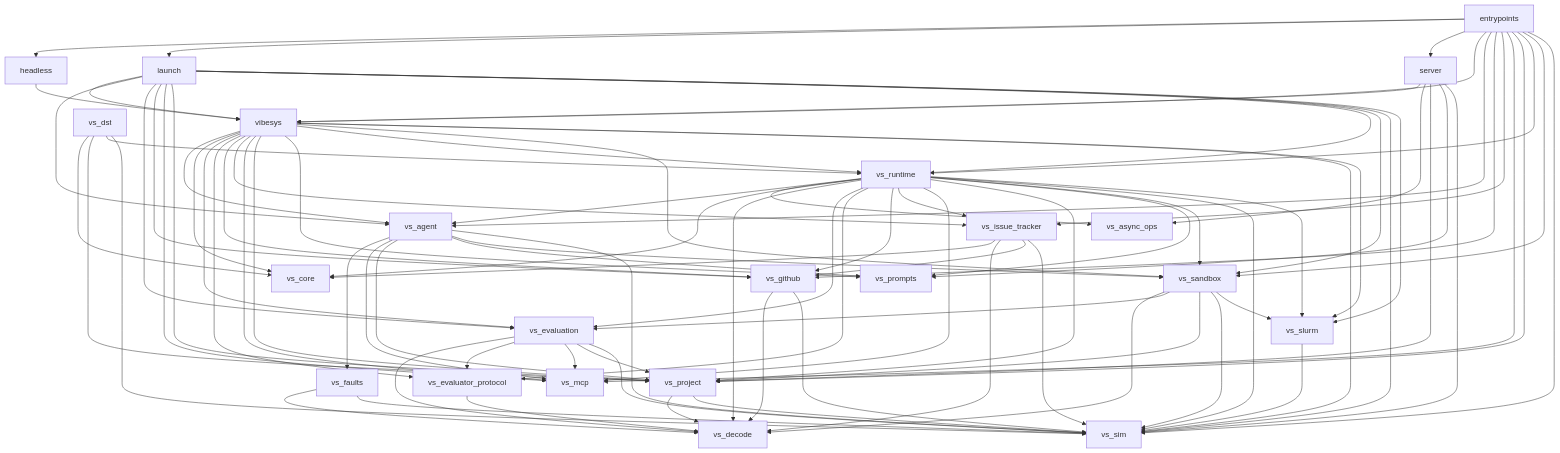
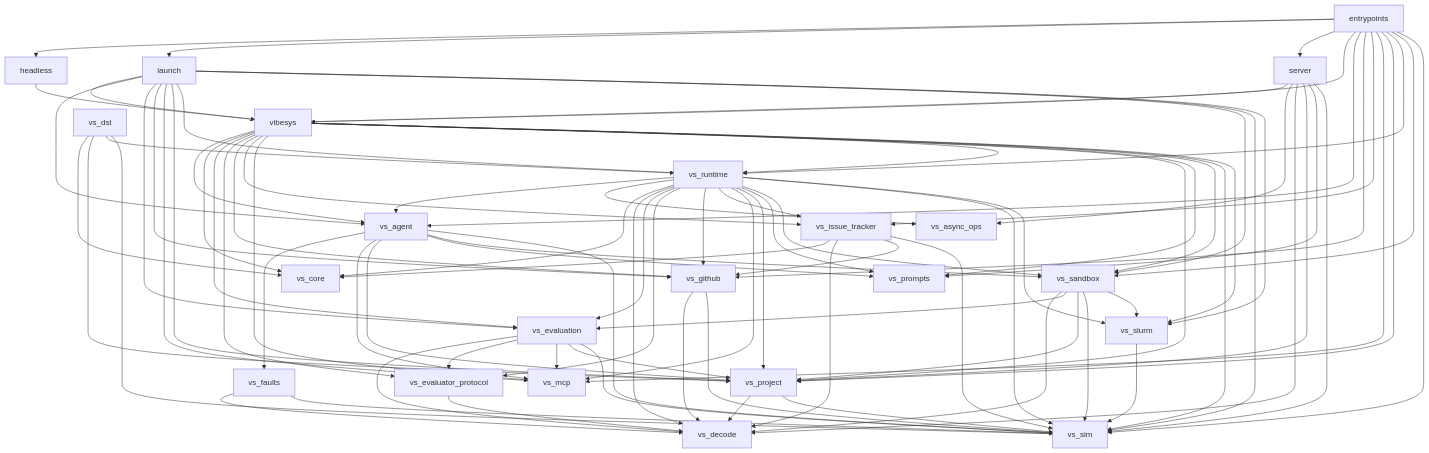
Before and after one commit to uw-syfi/vibesys: the diagram in docs/contributing/architecture.md, drawn with Mermaid. The commit also changed 14 other files, not shown here.

Commit message:
fix(server): decode client frames, helper lines and instance records through vs_decode

```diff
--- a/docs/contributing/architecture.md
+++ b/docs/contributing/architecture.md
@@ -152,6 +152,7 @@
     launch --> vs_slurm
     server --> vibesys
     server --> vs_async_ops
+    server --> vs_decode
     server --> vs_project
     server --> vs_prompts
     server --> vs_sim
```
